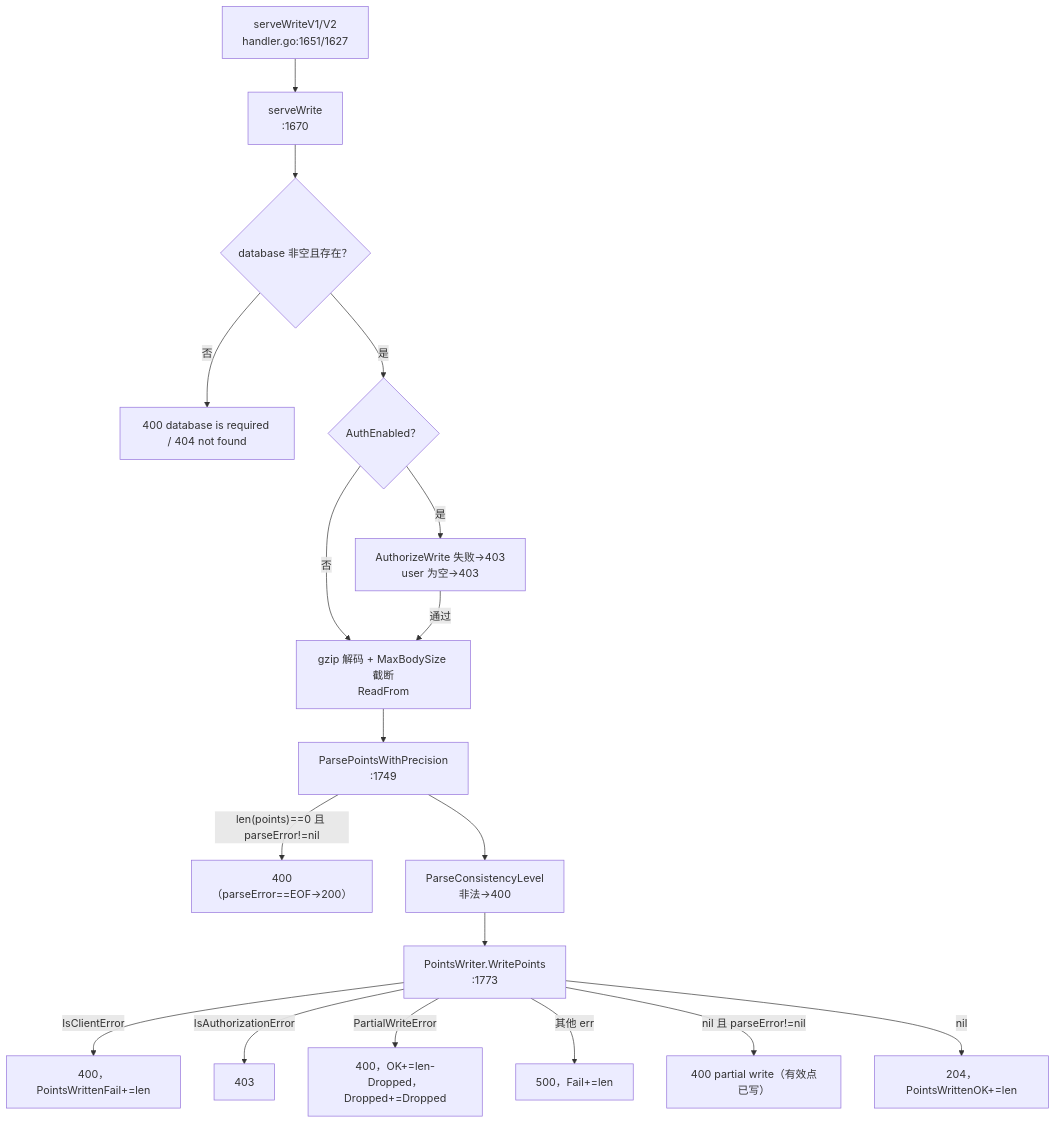
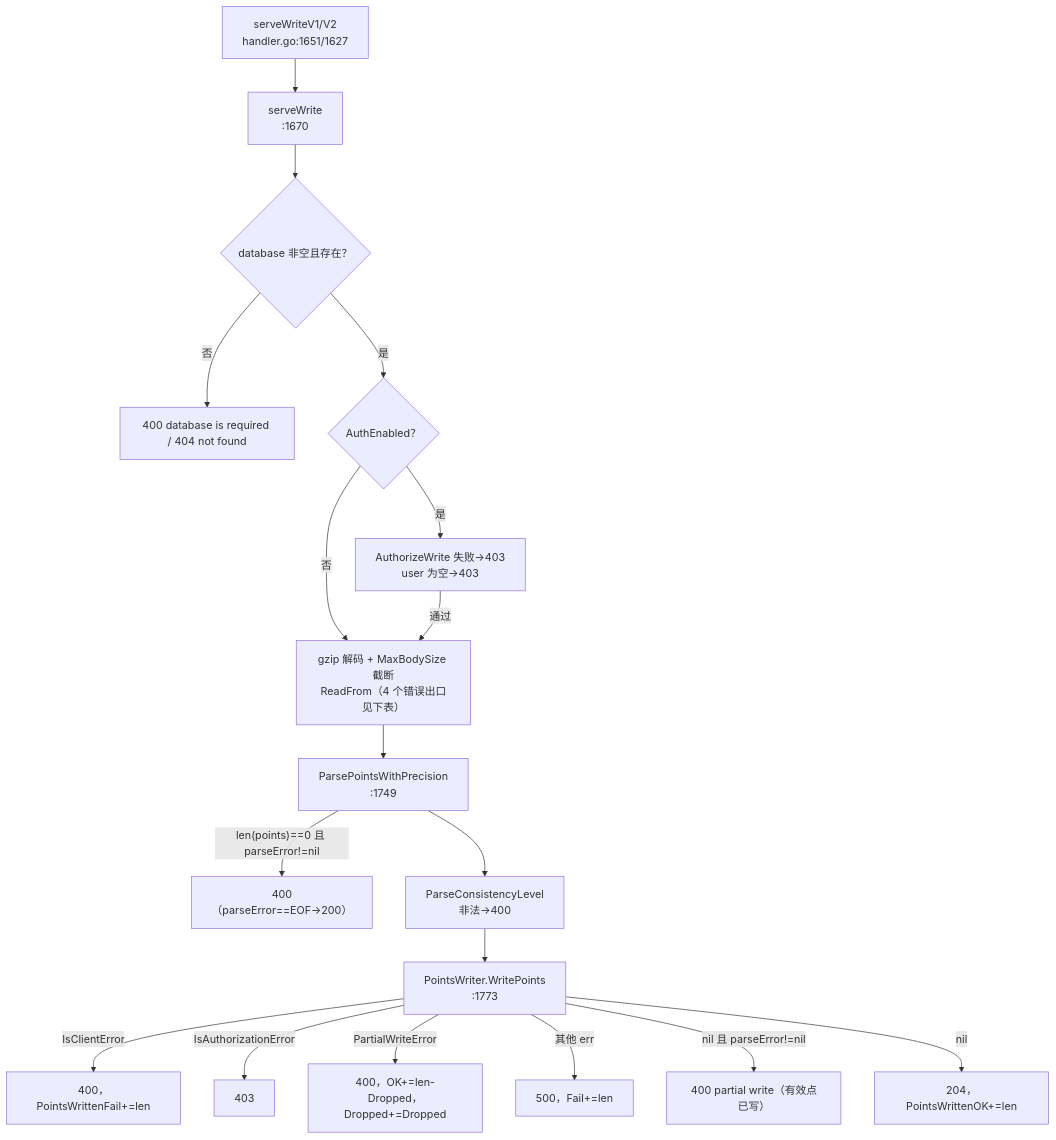
The fourth of 6 diagrams in docs/specs/v1.8.10-vs-v1.12.3/01_write_path_diff.md (stefanv5/influxdb), drawn with Mermaid before and after one commit. The commit also changed other lines of this file and 16 other files, not shown here.

````diff
--- a/docs/specs/v1.8.10-vs-v1.12.3/01_write_path_diff.md
+++ b/docs/specs/v1.8.10-vs-v1.12.3/01_write_path_diff.md
@@ -243,20 +277,20 @@
 ```mermaid
 flowchart TD
     A["serveWriteV1/V2<br/>handler.go:1651/1627"] --> B["serveWrite<br/>:1670"]
     B --> C{"database 非空且存在？"}
     C -->|"否"| E1["400 database is required / 404 not found"]
     C -->|"是"| D{"AuthEnabled？"}
     D -->|"是"| F["AuthorizeWrite 失败→403<br/>user 为空→403"]
-    D -->|"否"| G["gzip 解码 + MaxBodySize 截断<br/>ReadFrom"]
+    D -->|"否"| G["gzip 解码 + MaxBodySize 截断<br/>ReadFrom（4 个错误出口见下表）"]
     F -->|"通过"| G
     G --> H["ParsePointsWithPrecision<br/>:1749"]
     H -->|"len(points)==0 且 parseError!=nil"| E2["400（parseError==EOF→200）"]
     H --> I["ParseConsistencyLevel<br/>非法→400"]
     I --> J["PointsWriter.WritePoints<br/>:1773"]
     J -->|"IsClientError"| E3["400，PointsWrittenFail+=len"]
     J -->|"IsAuthorizationError"| E4["403"]
     J -->|"PartialWriteError"| E5["400，OK+=len-Dropped，Dropped+=Dropped"]
     J -->|"其他 err"| E6["500，Fail+=len"]
     J -->|"nil 且 parseError!=nil"| E7["400 partial write（有效点已写）"]
     J -->|"nil"| OK["204，PointsWrittenOK+=len"]
 ```
````
